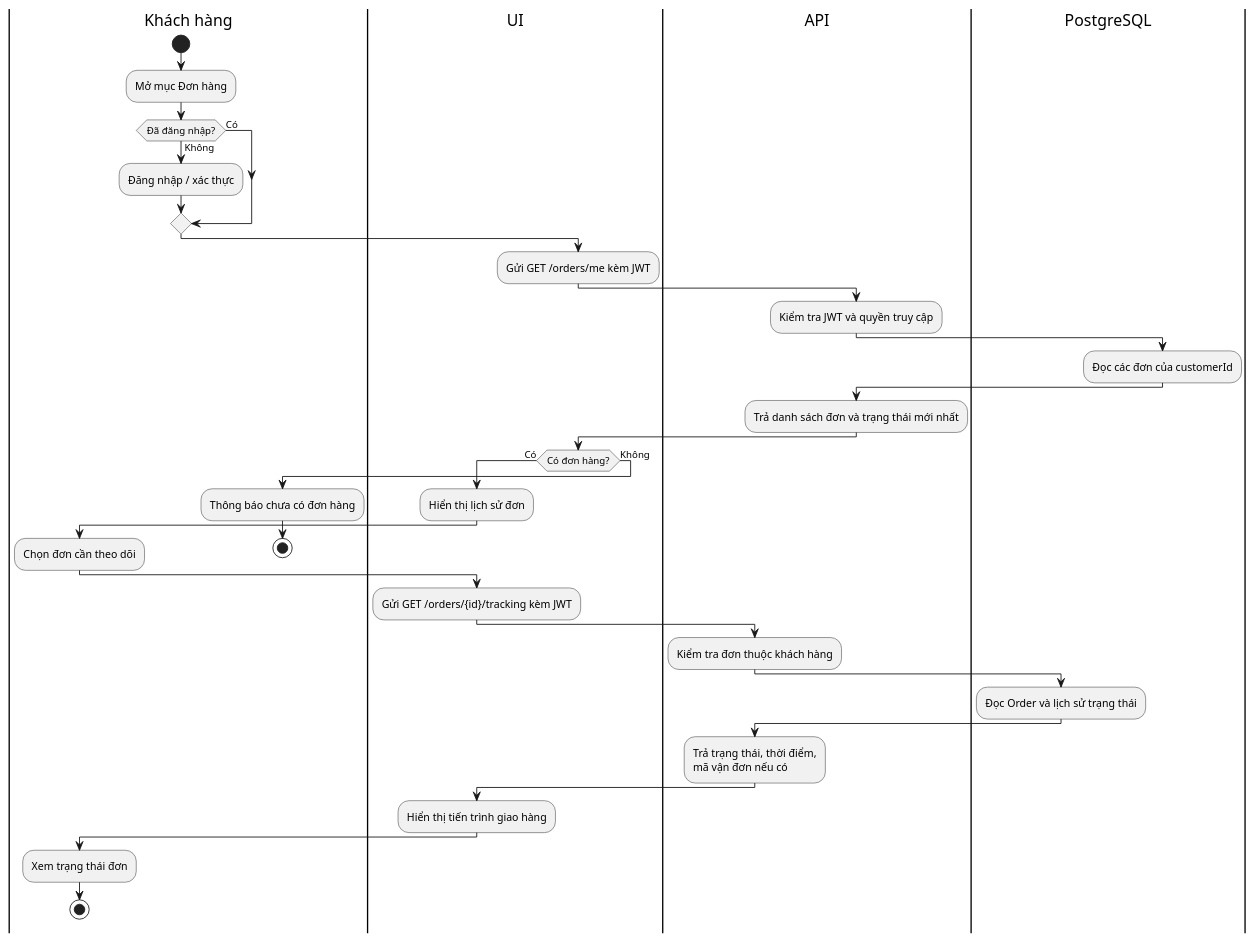
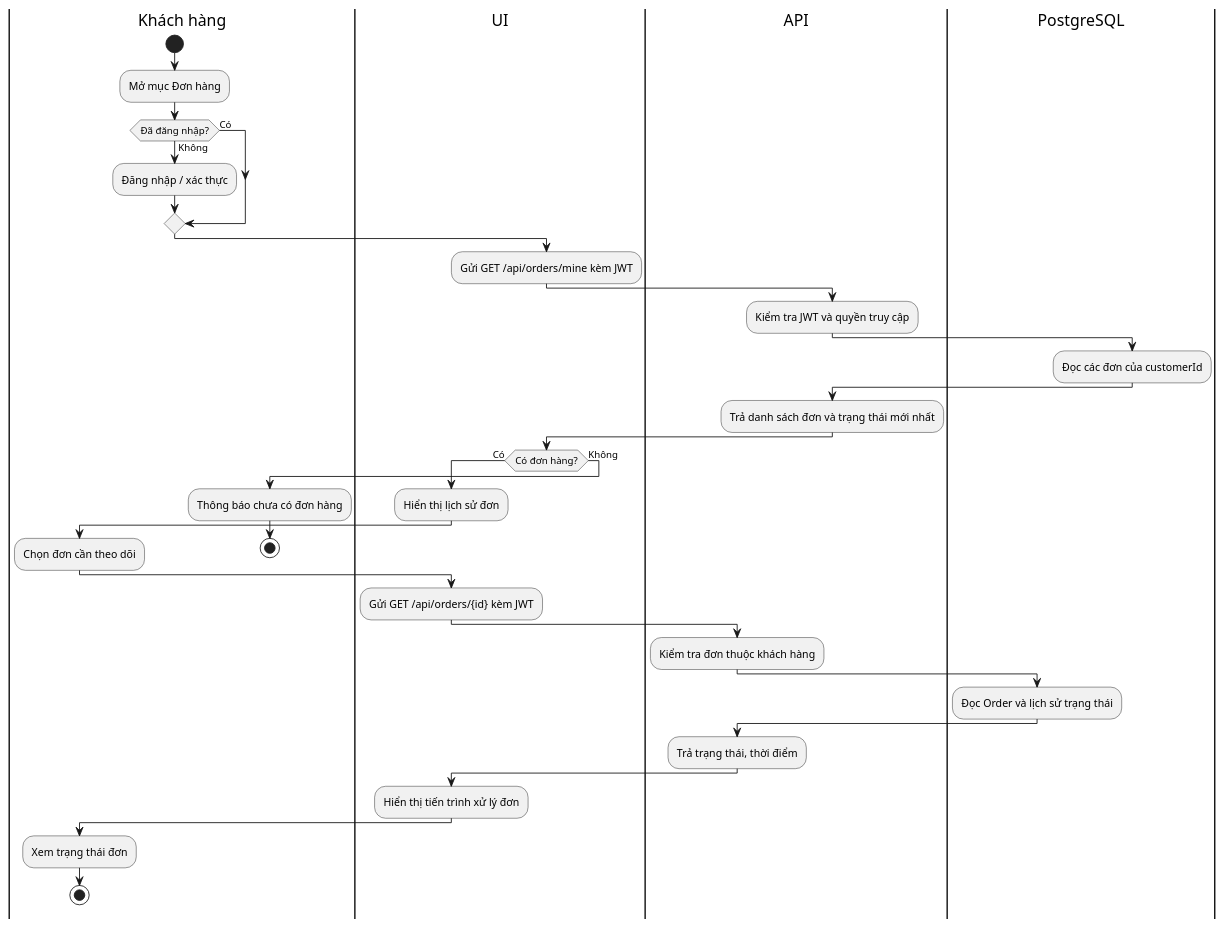
The diagram in docs/diagrams/activity-ordertracking.puml (Myngoc09/assignment2_brewlite), drawn with PlantUML before and after one commit. The commit also changed 48 other files, not shown here.

```diff
--- a/docs/diagrams/activity-ordertracking.puml
+++ b/docs/diagrams/activity-ordertracking.puml
@@ -1,39 +1,38 @@
-@startuml BrewLite-Activity-TheoDoiDon
+@startuml
 |Khách hàng|
 start
 :Mở mục Đơn hàng;
 if (Đã đăng nhập?) then (Có)
 else (Không)
   :Đăng nhập / xác thực;
 endif
 |UI|
-:Gửi GET /orders/me kèm JWT;
+:Gửi GET /api/orders/mine kèm JWT;
 |API|
 :Kiểm tra JWT và quyền truy cập;
 |PostgreSQL|
 :Đọc các đơn của customerId;
 |API|
 :Trả danh sách đơn và trạng thái mới nhất;
 |UI|
 if (Có đơn hàng?) then (Có)
   :Hiển thị lịch sử đơn;
   |Khách hàng|
   :Chọn đơn cần theo dõi;
   |UI|
-  :Gửi GET /orders/{id}/tracking kèm JWT;
+  :Gửi GET /api/orders/{id} kèm JWT;
   |API|
   :Kiểm tra đơn thuộc khách hàng;
   |PostgreSQL|
   :Đọc Order và lịch sử trạng thái;
   |API|
-  :Trả trạng thái, thời điểm,
-mã vận đơn nếu có;
+  :Trả trạng thái, thời điểm;
   |UI|
-  :Hiển thị tiến trình giao hàng;
+  :Hiển thị tiến trình xử lý đơn;
   |Khách hàng|
   :Xem trạng thái đơn;
 stop
 else (Không)
   :Thông báo chưa có đơn hàng;
 stop
 @enduml
```
